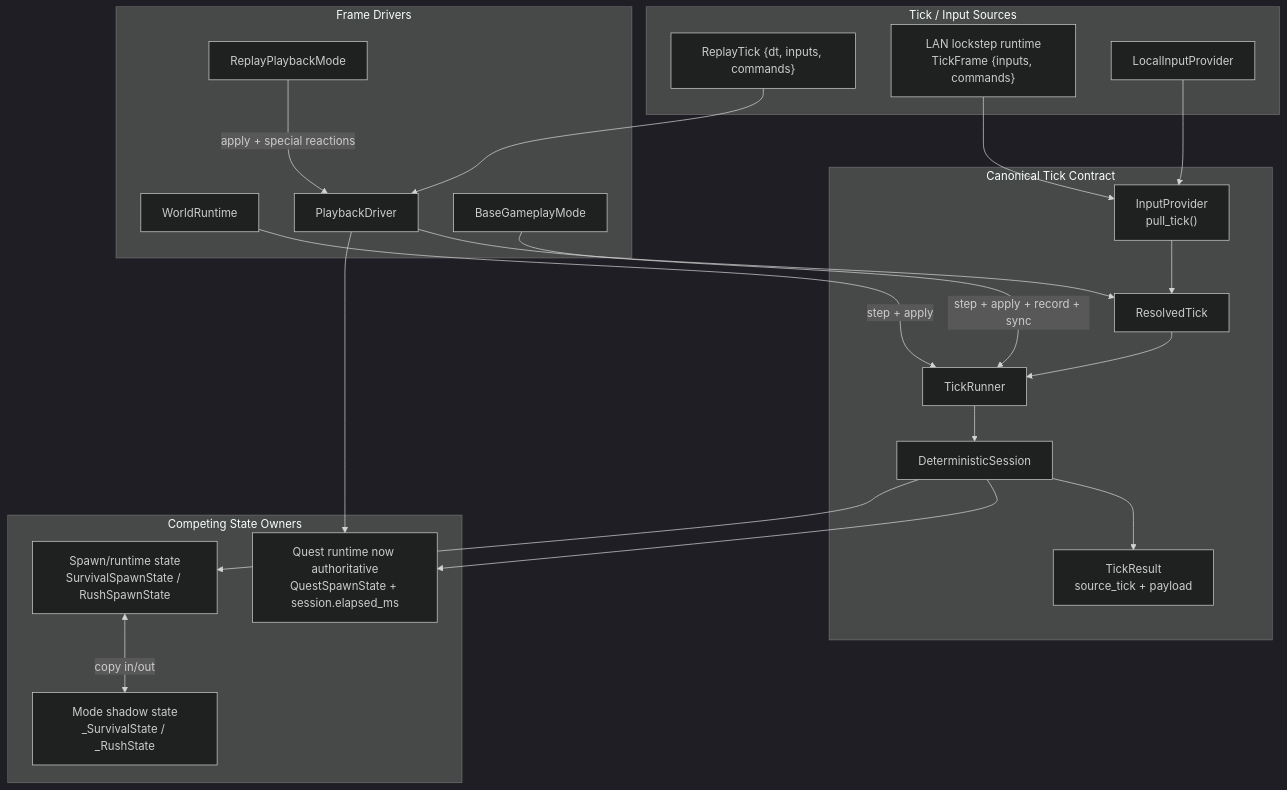
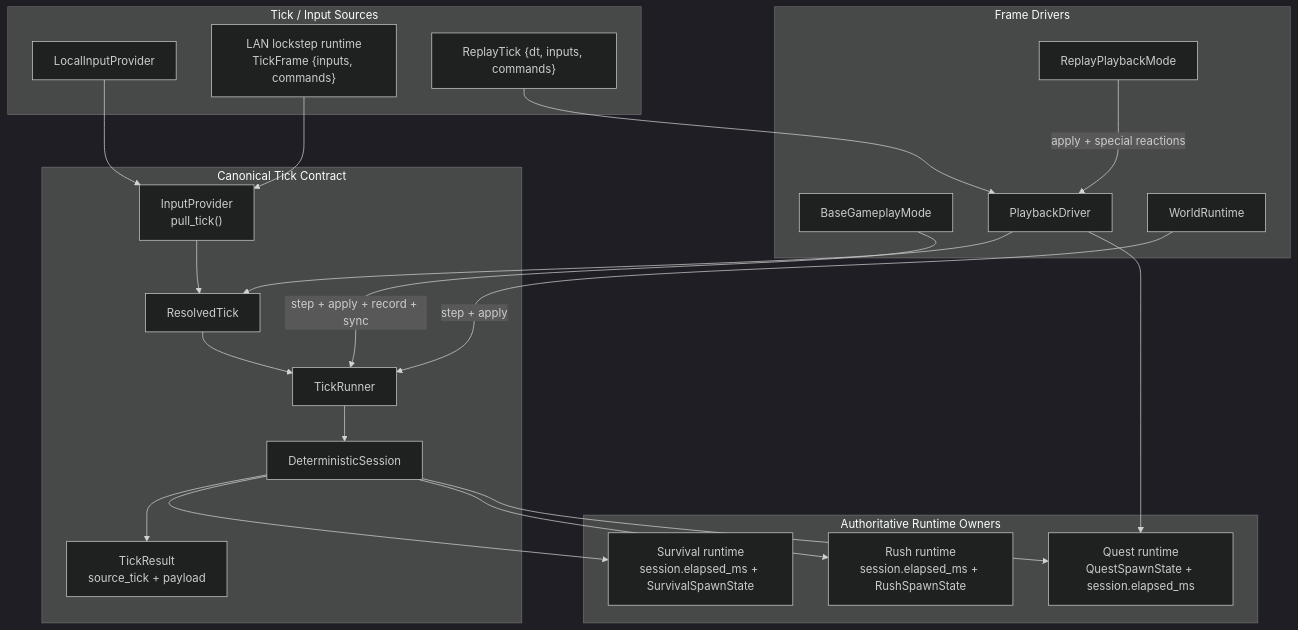
One commit to banteg/crimson changed the first of 2 diagrams in split_brain.md. Above: the diagram before and after it, drawn with Mermaid (dark theme). The commit also changed other lines of this file and 5 other files, not shown here.

Commit message:
refactor: make survival and rush runtime authoritative

````diff
--- a/split_brain.md
+++ b/split_brain.md
@@ -60,43 +51,43 @@
 ```mermaid
 flowchart TD
     subgraph Sources["Tick / Input Sources"]
         Local["LocalInputProvider"]
         Lan["LAN lockstep runtime<br/>TickFrame {inputs, commands}"]
         Replay["ReplayTick {dt, inputs, commands}"]
     end
 
     subgraph TickContract["Canonical Tick Contract"]
         Provider["InputProvider<br/>pull_tick()"]
         Tick["ResolvedTick"]
         Runner["TickRunner"]
         Session["DeterministicSession"]
         Result["TickResult<br/>source_tick + payload"]
     end
 
-    subgraph StateOwners["Competing State Owners"]
-        ModeShadow["Mode shadow state<br/>_SurvivalState / _RushState"]
-        SpawnState["Spawn/runtime state<br/>SurvivalSpawnState / RushSpawnState"]
-        QuestState["Quest runtime now authoritative<br/>QuestSpawnState + session.elapsed_ms"]
+    subgraph StateOwners["Authoritative Runtime Owners"]
+        SurvivalState["Survival runtime<br/>session.elapsed_ms + SurvivalSpawnState"]
+        RushState["Rush runtime<br/>session.elapsed_ms + RushSpawnState"]
+        QuestState["Quest runtime<br/>QuestSpawnState + session.elapsed_ms"]
     end
 
     subgraph Drivers["Frame Drivers"]
         Base["BaseGameplayMode"]
         World["WorldRuntime"]
         ReplayMode["ReplayPlaybackMode"]
         Playback["PlaybackDriver"]
     end
 
     Local --> Provider
     Lan --> Provider
     Provider --> Tick --> Runner --> Session --> Result
     Replay --> Playback --> Tick
 
-    Session --> SpawnState
+    Session --> SurvivalState
+    Session --> RushState
     Session --> QuestState
-    SpawnState <-->|copy in/out| ModeShadow
 
     Base -->|step + apply + record + sync| Runner
     World -->|step + apply| Runner
     ReplayMode -->|apply + special reactions| Playback
     Playback --> QuestState
 ```
````
